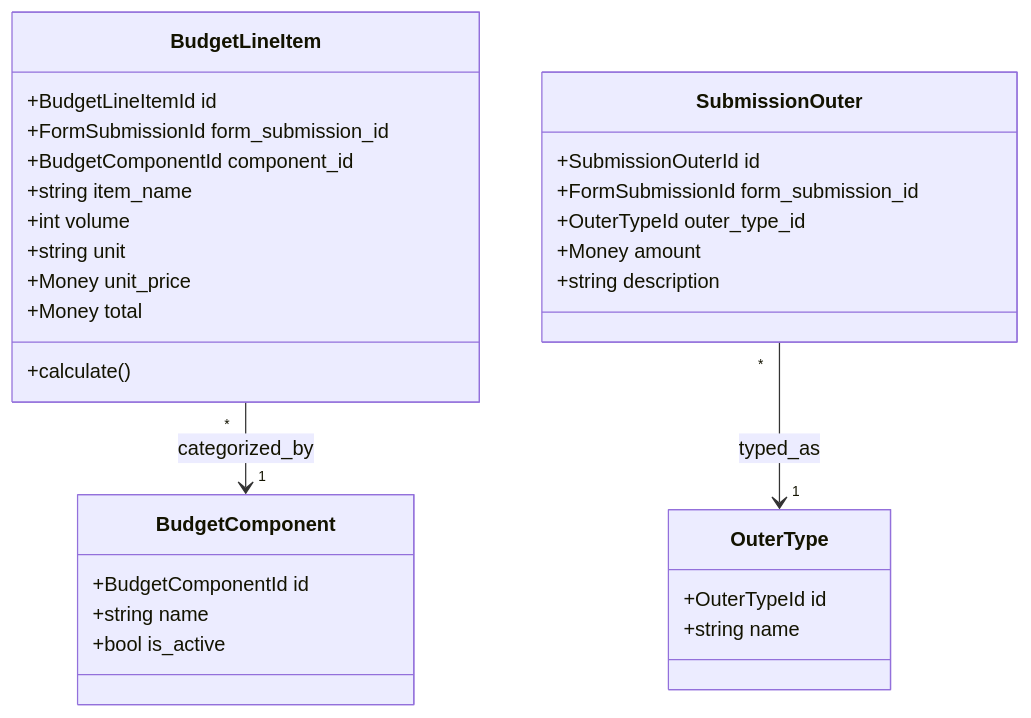
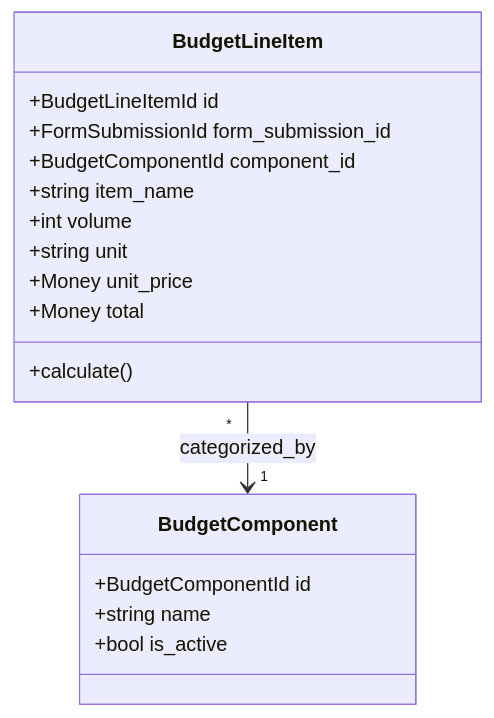
Before and after one commit to nas11ai/sim-kerjasama-itk: the second of 2 diagrams in docs/requirement-analysis/ddd/supporting/01_budget.md, drawn with Mermaid. The commit also changed other lines of this file and 2 other files, not shown here.

Commit message:
docs(ddd): move SubmissionOuter to Submission BC as SubmissionTargetOutput
BR-BUD-06 dicabut — entitasnya luaran yang dijanjikan, bukan data anggaran.
Digantikan BR-SM-14 (batas tipe) dan BR-SM-15 (lifecycle + audit).

````diff
--- a/docs/requirement-analysis/ddd/supporting/01_budget.md
+++ b/docs/requirement-analysis/ddd/supporting/01_budget.md
@@ -44,36 +44,22 @@
 ```mermaid
 classDiagram
     class BudgetLineItem {
         +BudgetLineItemId id
         +FormSubmissionId form_submission_id
         +BudgetComponentId component_id
         +string item_name
         +int volume
         +string unit
         +Money unit_price
         +Money total
         +calculate()
     }
 
     class BudgetComponent {
         +BudgetComponentId id
         +string name
         +bool is_active
     }
 
-    class SubmissionOuter {
-        +SubmissionOuterId id
-        +FormSubmissionId form_submission_id
-        +OuterTypeId outer_type_id
-        +Money amount
-        +string description
-    }
-
-    class OuterType {
-        +OuterTypeId id
-        +string name
-    }
-
     BudgetLineItem "*" --> "1" BudgetComponent : categorized_by
-    SubmissionOuter "*" --> "1" OuterType : typed_as
 ```
````
